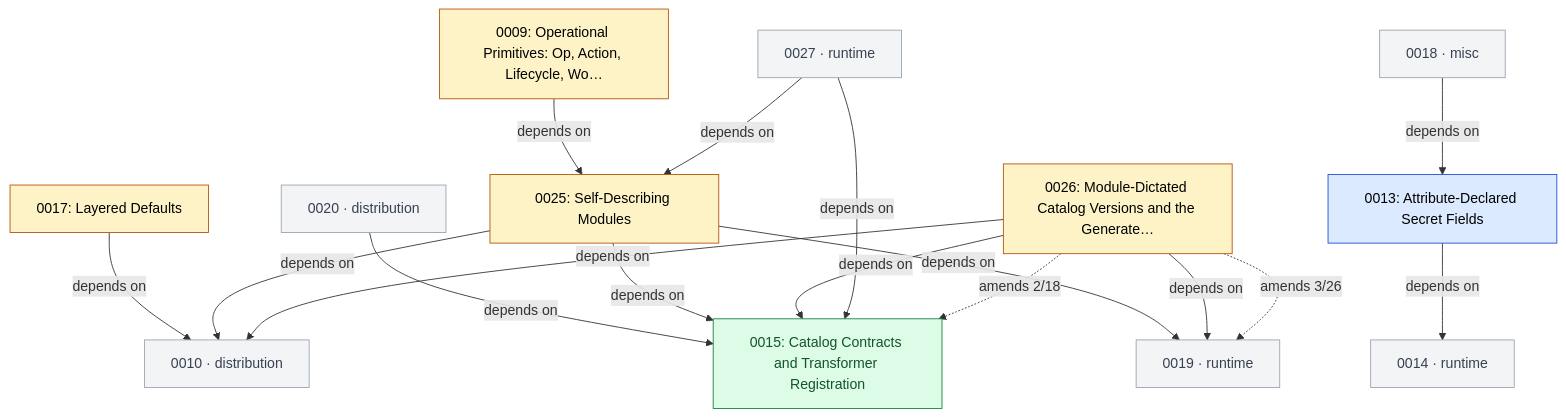
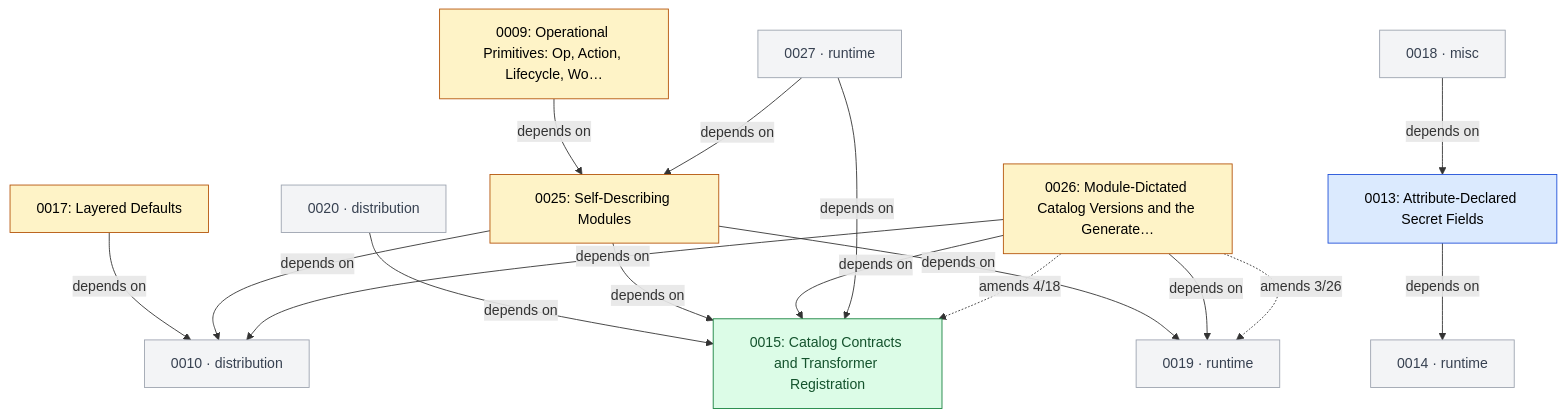
One commit to open-platform-model/enhancements changed the second of 7 diagrams in GRAPH.md. Above: the diagram before and after it, drawn with Mermaid. The commit also changed 35 other files, not shown here.

````diff
--- a/GRAPH.md
+++ b/GRAPH.md
@@ -50,40 +50,40 @@
 ```mermaid
 graph TD
   classDef draft       fill:#fef3c7,stroke:#b45309,color:#000
   classDef accepted    fill:#dbeafe,stroke:#1d4ed8,color:#000
   classDef rejected    fill:#fee2e2,stroke:#b91c1c,color:#7f1d1d,stroke-dasharray:4 2
   classDef superseded  fill:#e5e7eb,stroke:#6b7280,color:#6b7280
   classDef delivered   fill:#dcfce7,stroke:#15803d,color:#14532d
   classDef legacy      fill:#fafafa,stroke:#9ca3af,color:#6b7280,stroke-dasharray:3 3
   classDef stub        fill:#f3f4f6,stroke:#9ca3af,color:#374151
   classDef category    fill:#ede9fe,stroke:#6d28d9,color:#000
 
   N0009["0009: Operational Primitives: Op, Action, Lifecycle, Wo…"]:::draft
   N0013["0013: Attribute-Declared Secret Fields"]:::accepted
   N0015["0015: Catalog Contracts and Transformer Registration"]:::delivered
   N0017["0017: Layered Defaults"]:::draft
   N0025["0025: Self-Describing Modules"]:::draft
   N0026["0026: Module-Dictated Catalog Versions and the Generate…"]:::draft
   N0010["0010 · distribution"]:::stub
   N0014["0014 · runtime"]:::stub
   N0018["0018 · misc"]:::stub
   N0019["0019 · runtime"]:::stub
   N0020["0020 · distribution"]:::stub
   N0027["0027 · runtime"]:::stub
 
   N0009 -->|depends on| N0025
   N0013 -->|depends on| N0014
   N0017 -->|depends on| N0010
   N0018 -->|depends on| N0013
   N0020 -->|depends on| N0015
   N0025 -->|depends on| N0010
   N0025 -->|depends on| N0015
   N0025 -->|depends on| N0019
   N0026 -->|depends on| N0010
   N0026 -->|depends on| N0015
   N0026 -->|depends on| N0019
   N0027 -->|depends on| N0015
   N0027 -->|depends on| N0025
-  N0026 -.->|amends 2/18| N0015
+  N0026 -.->|amends 4/18| N0015
   N0026 -.->|amends 3/26| N0019
 ```
````
